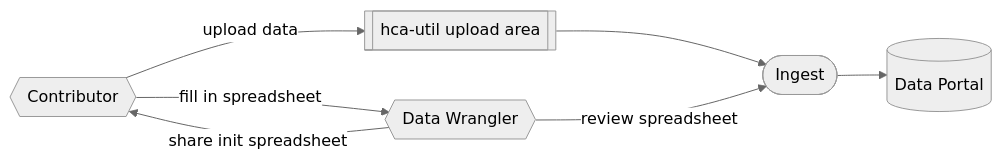
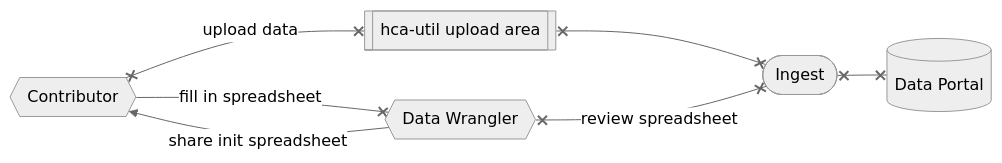
Before and after one commit to ebi-ait/hca-ebi-wrangler-central: the second of 4 diagrams in docs/SOPs/Introduction/submission_variations.md, drawn with Mermaid (neutral theme). The commit also changed other lines of this file, not shown here.

````diff
--- a/docs/SOPs/Introduction/submission_variations.md
+++ b/docs/SOPs/Introduction/submission_variations.md
@@ -52,11 +52,11 @@
 ```mermaid
 flowchart LR
     C{{"Contributor"}}
     DW{{"Data Wrangler"}}
     UA[["hca-util upload area"]]
-    C --"fill in spreadsheet"--> DW
-    C --"upload data"--> UA
-    UA --> I
+    C --"fill in spreadsheet"--x DW
+    C x--"upload data"--x UA
+    UA x--x I
     DW --"share init spreadsheet"--> C
-    DW --"review spreadsheet"--> I([Ingest]) --> DP[("Data Portal")]
+    DW x--"review spreadsheet"--x I([Ingest]) x--x DP[("Data Portal")]
 ```
````
